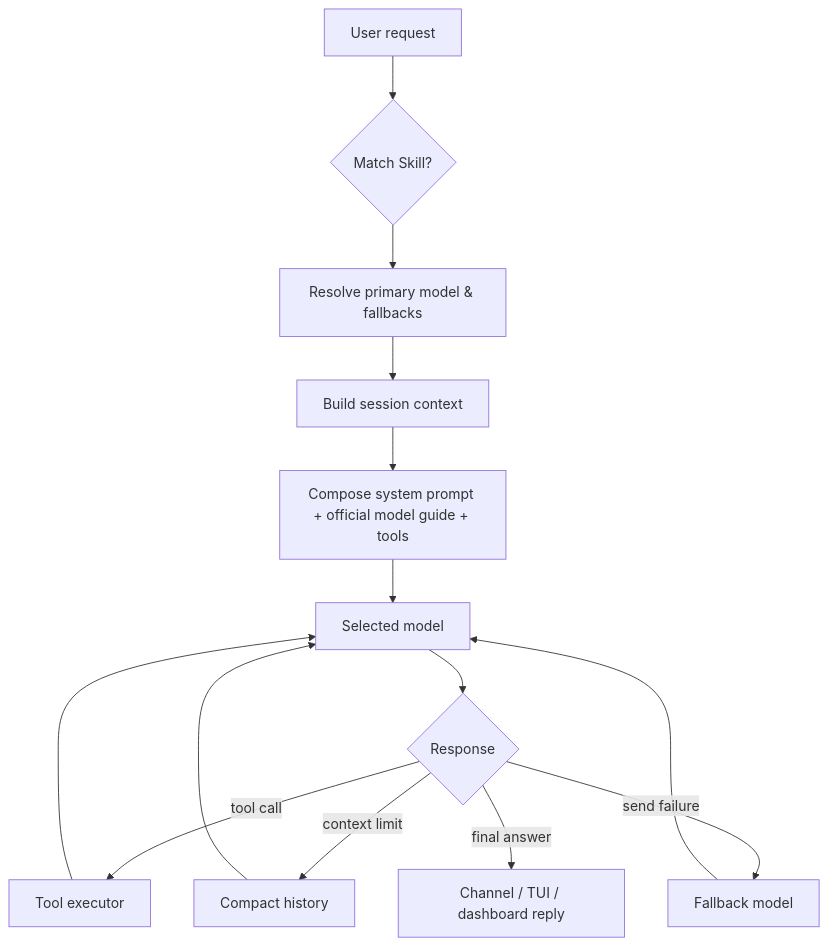
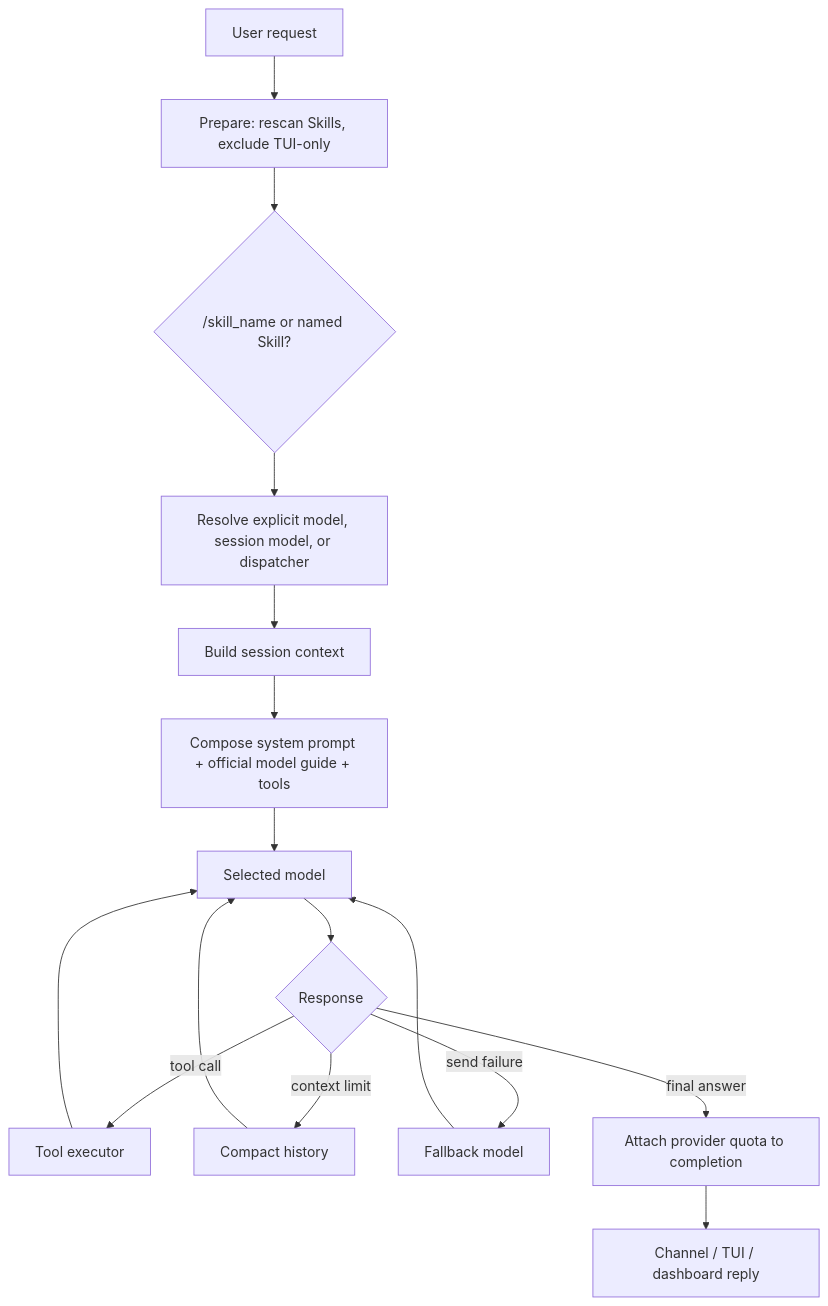
Before and after one commit to agenvoy/Agenvoy: the third of 9 diagrams in doc/architecture.md, drawn with Mermaid. The commit also changed other lines of this file and 3 other files, not shown here.

Commit message:
doc: Update architecture and runtime configuration documentation

````diff
--- a/doc/architecture.md
+++ b/doc/architecture.md
@@ -47,16 +49,18 @@
 ```mermaid
 graph TB
-    Input[User request] --> Skill{Match Skill?}
-    Skill --> Select[Resolve primary model & fallbacks]
+    Input[User request] --> Prepare[Prepare: rescan Skills, exclude TUI-only]
+    Prepare --> Skill{/skill_name or named Skill?}
+    Skill --> Select[Resolve explicit model, session model, or dispatcher]
     Select --> Session[Build session context]
     Session --> Prompt[Compose system prompt + official model guide + tools]
     Prompt --> Model[Selected model]
     Model --> Result{Response}
     Result -->|tool call| ToolExec[Tool executor]
     ToolExec --> Model
     Result -->|context limit| Compact[Compact history]
     Compact --> Model
     Result -->|send failure| Fallback[Fallback model]
     Fallback --> Model
-    Result -->|final answer| Output[Channel / TUI / dashboard reply]
+    Result -->|final answer| Quota[Attach provider quota to completion]
+    Quota --> Output[Channel / TUI / dashboard reply]
 ```
````
